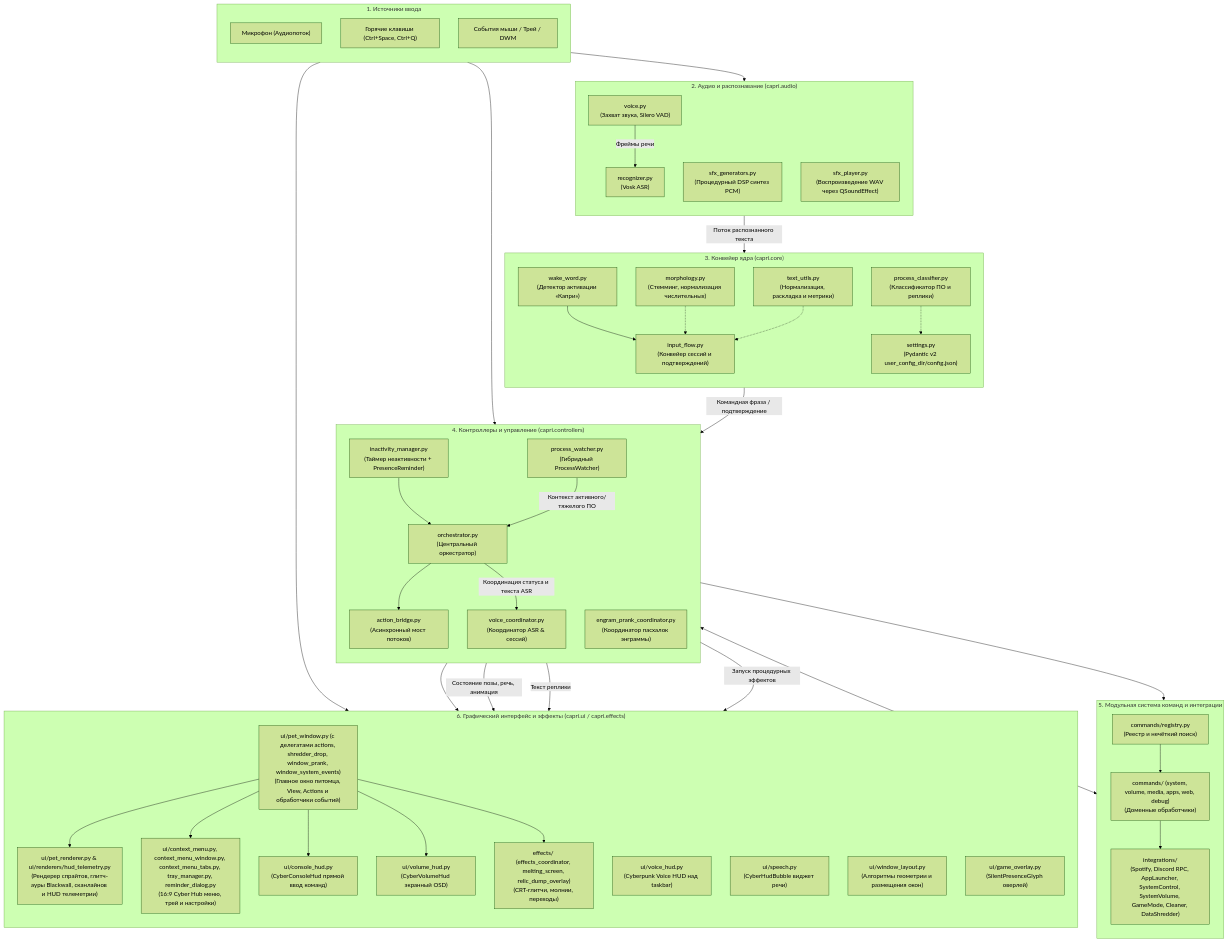
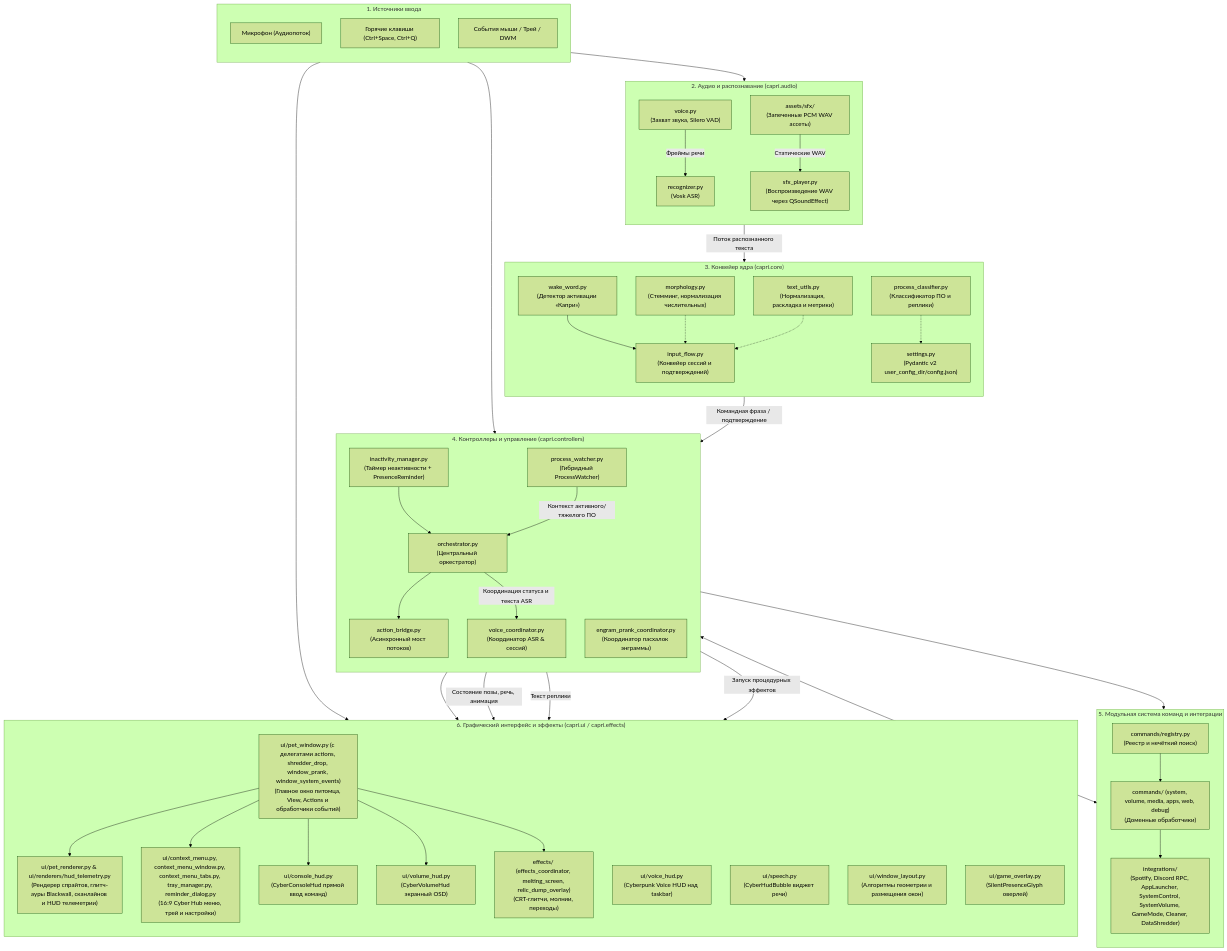
One commit to xTerionsilker/CapriPet-Python changed the first of 6 diagrams in docs/architecture.md. Above: the diagram before and after it, drawn with Mermaid (forest theme). The commit also changed 51 other files, not shown here.

```diff
--- a/docs/architecture.md
+++ b/docs/architecture.md
@@ -21,9 +21,10 @@
         direction TB
         Voice["voice.py<br/>(Захват звука, Silero VAD)"]
         ASR["recognizer.py<br/>(Vosk ASR)"]
-        SFXGen["sfx_generators.py<br/>(Процедурный DSP синтез PCM)"]
+        SFXBaked["assets/sfx/<br/>(Запеченные PCM WAV ассеты)"]
         SFXPlayer["sfx_player.py<br/>(Воспроизведение WAV через QSoundEffect)"]
         Voice -->|Фреймы речи| ASR
+        SFXBaked -->|Статические WAV| SFXPlayer
     end
 
     %% Ядро обработки
```
